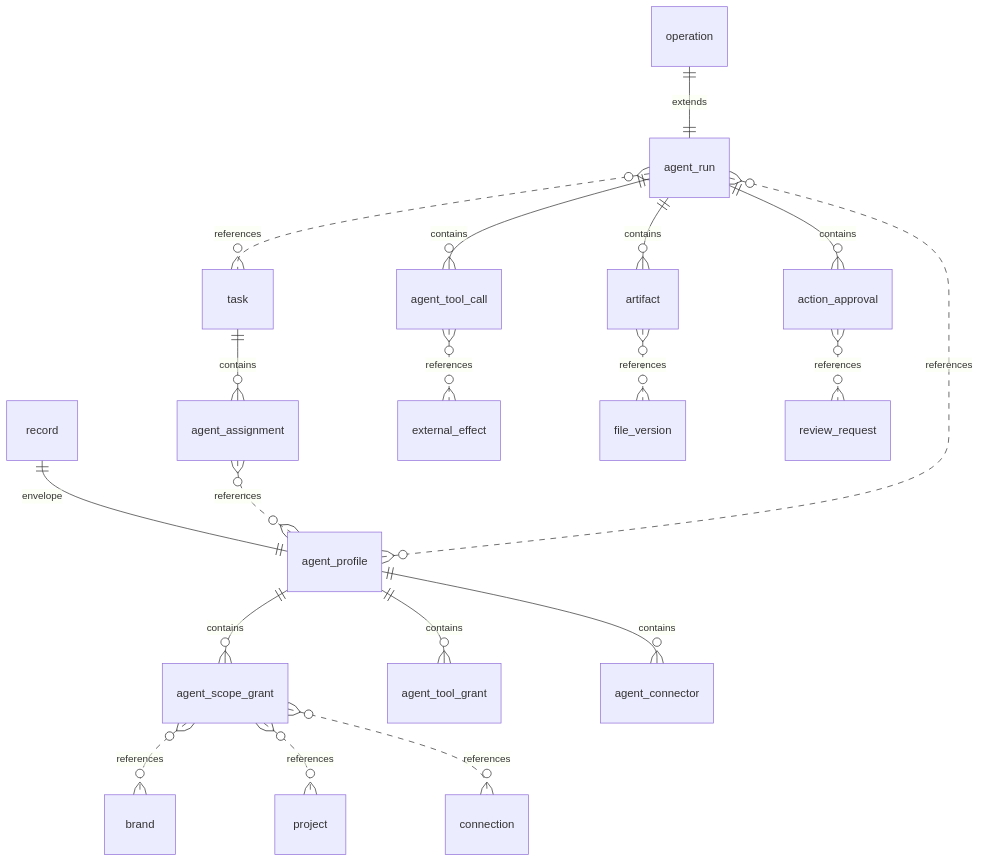
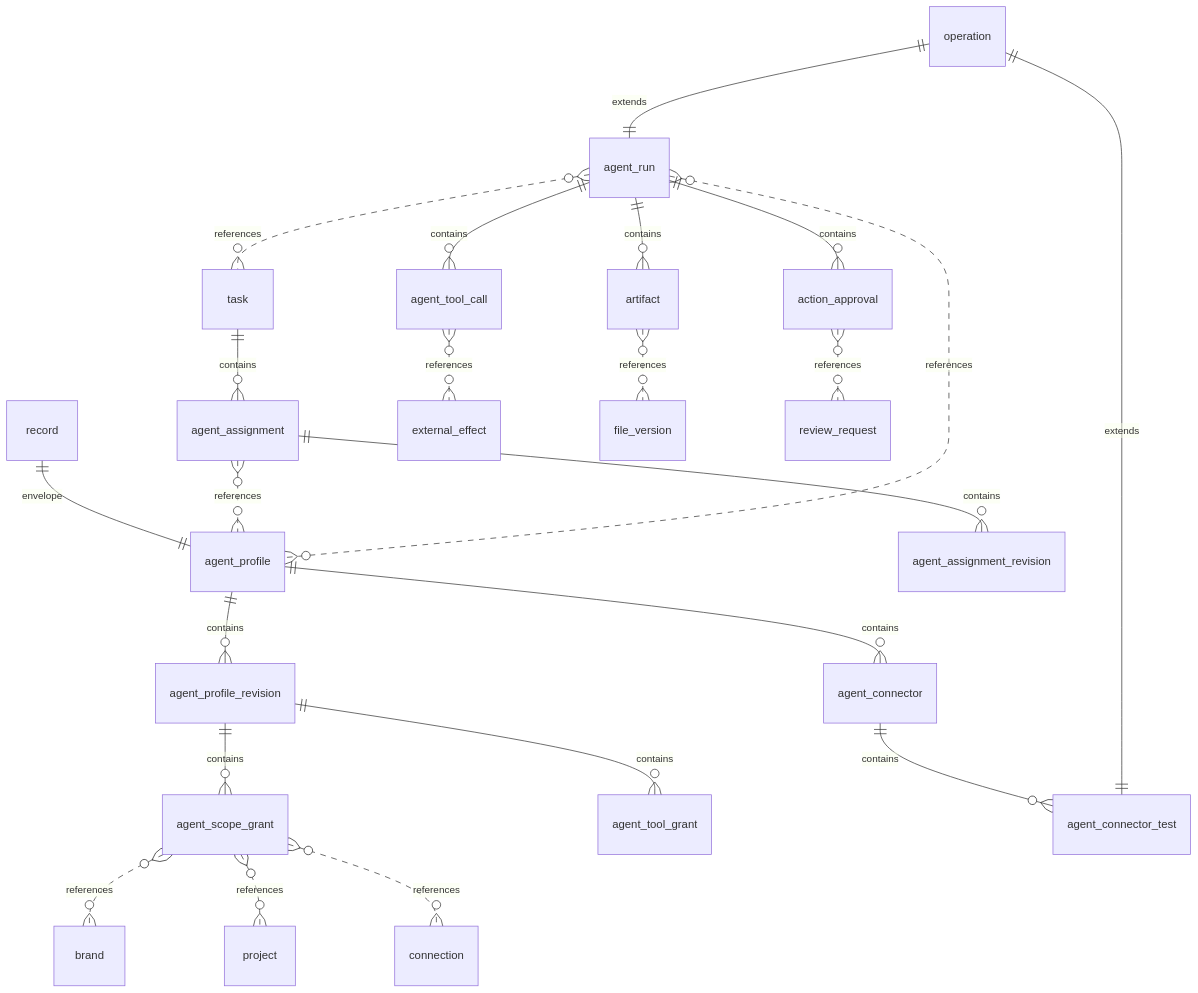
Diagram 29 of 31 in docs/architecture/data/generated/er-diagrams.md (KatrielMoses/pm), drawn with Mermaid before and after one commit. The commit also changed 41 other files, not shown here.

````diff
--- a/docs/architecture/data/generated/er-diagrams.md
+++ b/docs/architecture/data/generated/er-diagrams.md
@@ -476,21 +476,25 @@
 ```mermaid
 erDiagram
   record ||--|| agent_profile : "envelope"
-  agent_profile ||--o{ agent_scope_grant : "contains"
+  agent_profile ||--o{ agent_profile_revision : "contains"
+  agent_profile_revision ||--o{ agent_scope_grant : "contains"
   agent_scope_grant }o..o{ brand : "references"
   agent_scope_grant }o..o{ project : "references"
   agent_scope_grant }o..o{ connection : "references"
-  agent_profile ||--o{ agent_tool_grant : "contains"
+  agent_profile_revision ||--o{ agent_tool_grant : "contains"
   agent_profile ||--o{ agent_connector : "contains"
+  agent_connector ||--o{ agent_connector_test : "contains"
+  operation ||--|| agent_connector_test : "extends"
   task ||--o{ agent_assignment : "contains"
   agent_assignment }o..o{ agent_profile : "references"
+  agent_assignment ||--o{ agent_assignment_revision : "contains"
   operation ||--|| agent_run : "extends"
   agent_run }o..o{ task : "references"
   agent_run }o..o{ agent_profile : "references"
   agent_run ||--o{ agent_tool_call : "contains"
   agent_tool_call }o..o{ external_effect : "references"
   agent_run ||--o{ artifact : "contains"
   artifact }o..o{ file_version : "references"
   agent_run ||--o{ action_approval : "contains"
   action_approval }o..o{ review_request : "references"
 ```
````
